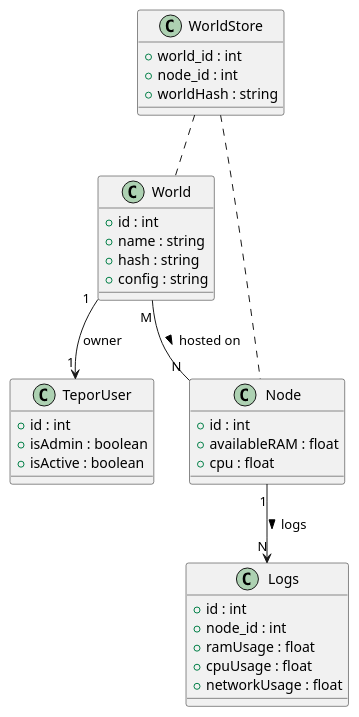
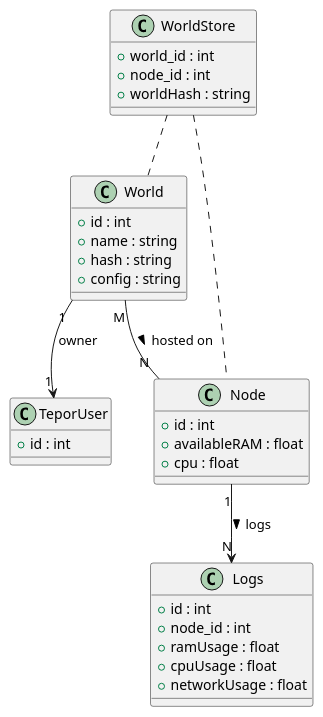
Before and after one commit to GeorgRohrhofer/tepor: the diagram in Documentation/Database_Diagrams/ManagementDB.puml, drawn with PlantUML.

Commit message:
fix(database diagram): remove unnecessary fields from user table

```diff
--- a/Documentation/Database_Diagrams/ManagementDB.puml
+++ b/Documentation/Database_Diagrams/ManagementDB.puml
@@ -1,43 +1,41 @@
 @startuml
 
 class TeporUser {
     +id : int
-    +isAdmin : boolean
-    +isActive : boolean
 }
 
 class World {
     +id : int
     +name : string
     +hash : string
     +config : string
 }
 
 class Node {
     +id : int
     +availableRAM : float
     +cpu : float
 }
 
 class WorldStore {
     +world_id : int
     +node_id : int
     +worldHash : string
 }
 
 class Logs {
     +id : int
     +node_id : int
     +ramUsage : float
     +cpuUsage : float
     +networkUsage : float
 }
 
 World "1" --> "1" TeporUser : owner
 World "M" -- "N" Node : hosted on >
 WorldStore .. World
 WorldStore .. Node
 
 Node "1" --> "N" Logs : logs >
 
 @enduml
```
